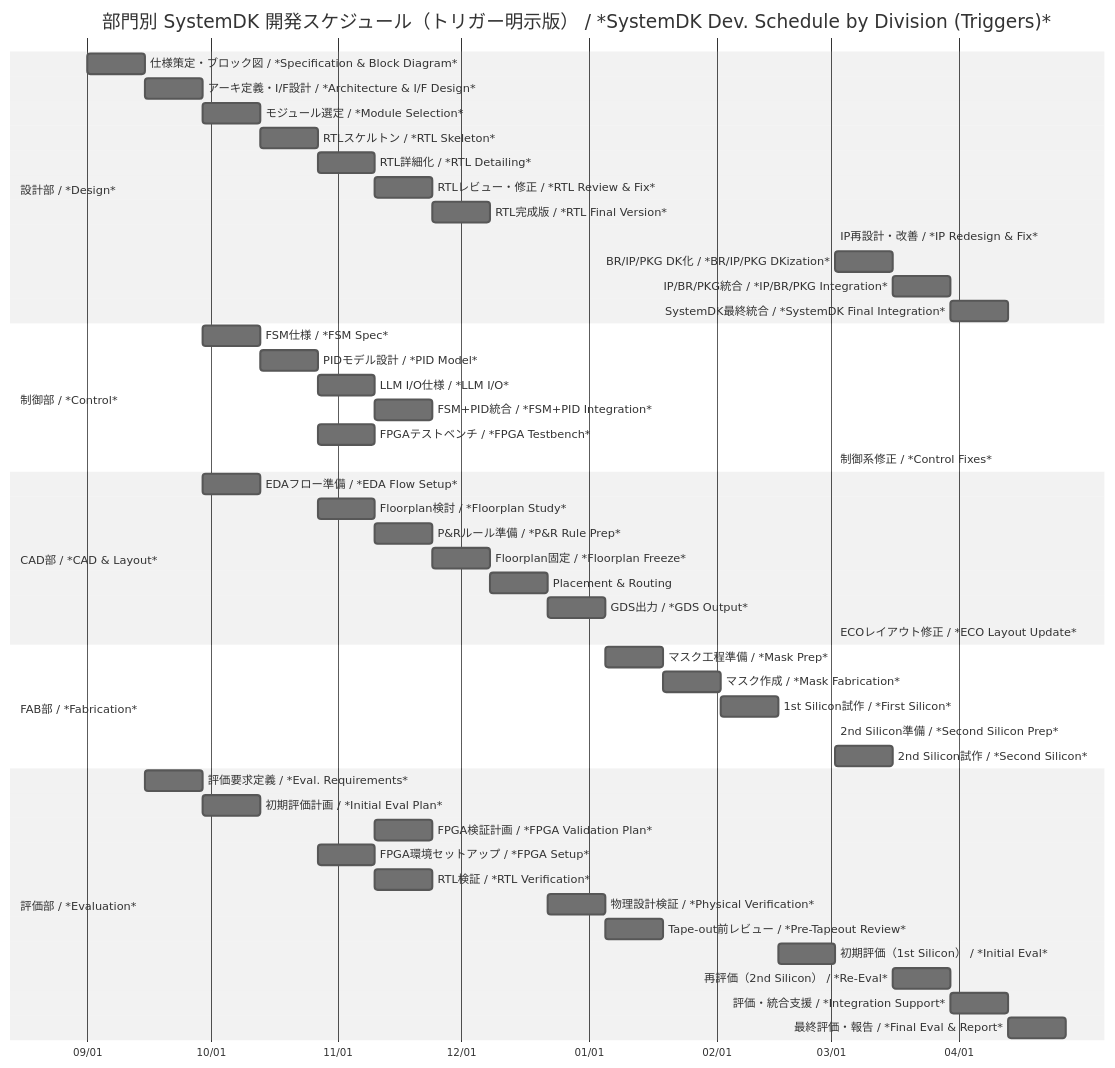
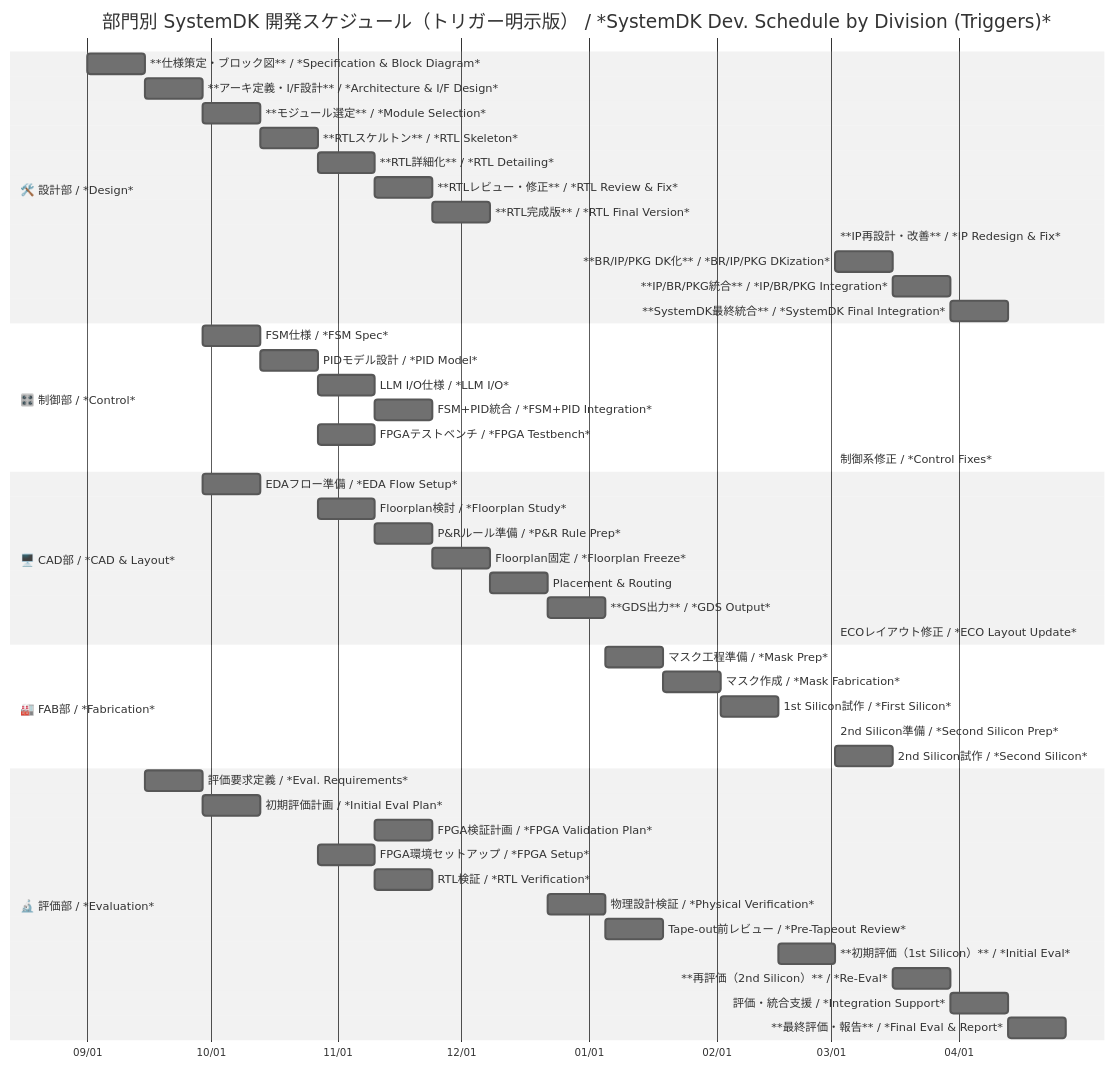
Before and after one commit to Samizo-AITL/Edusemi-v4x: the diagram in f_chapter2a_systemdk/f2a_systemdk_schedule.md, drawn with Mermaid (neutral theme). The commit also changed other lines of this file, not shown here.

````diff
--- a/f_chapter2a_systemdk/f2a_systemdk_schedule.md
+++ b/f_chapter2a_systemdk/f2a_systemdk_schedule.md
@@ -50,57 +48,57 @@
 ```mermaid
 gantt
     title 部門別 SystemDK 開発スケジュール（トリガー明示版） / *SystemDK Dev. Schedule by Division (Triggers)*
     dateFormat  YYYY-MM-DD
     axisFormat  %m/%d
     todayMarker stroke-width:2px,stroke:red,opacity:0.5
 
-    section 設計部 / *Design*
-    仕様策定・ブロック図 / *Specification & Block Diagram* :a1, 2025-09-01, 14d
-    アーキ定義・I/F設計 / *Architecture & I/F Design*      :a2, after a1, 14d
-    モジュール選定 / *Module Selection*                   :a3, after a2, 14d
-    RTLスケルトン / *RTL Skeleton*                        :a4, after a3, 14d
-    RTL詳細化 / *RTL Detailing*                           :a5, after a4, 14d
-    RTLレビュー・修正 / *RTL Review & Fix*                :a6, after a5, 14d
-    RTL完成版 / *RTL Final Version*                       :a7, after a6, 14d
-    IP再設計・改善 / *IP Redesign & Fix*                  :a8, after e8, 14d   %% 1st Eval 結果トリガー
-    BR/IP/PKG DK化 / *BR/IP/PKG DKization*                :a9, after a8, 14d
-    IP/BR/PKG統合 / *IP/BR/PKG Integration*               :a10, after a9, 14d
-    SystemDK最終統合 / *SystemDK Final Integration*       :a11, after a10, 14d
+    section 🛠️ 設計部 / *Design*
+    **仕様策定・ブロック図** / *Specification & Block Diagram* :a1, 2025-09-01, 14d
+    **アーキ定義・I/F設計** / *Architecture & I/F Design*      :a2, after a1, 14d
+    **モジュール選定** / *Module Selection*                   :a3, after a2, 14d
+    **RTLスケルトン** / *RTL Skeleton*                        :a4, after a3, 14d
+    **RTL詳細化** / *RTL Detailing*                           :a5, after a4, 14d
+    **RTLレビュー・修正** / *RTL Review & Fix*                :a6, after a5, 14d
+    **RTL完成版** / *RTL Final Version*                       :a7, after a6, 14d
+    **IP再設計・改善** / *IP Redesign & Fix*                  :a8, after e8, 14d   %% 1st Eval 結果
+    **BR/IP/PKG DK化** / *BR/IP/PKG DKization*                :a9, after a8, 14d
+    **IP/BR/PKG統合** / *IP/BR/PKG Integration*               :a10, after a9, 14d
+    **SystemDK最終統合** / *SystemDK Final Integration*       :a11, after a10, 14d
 
-    section 制御部 / *Control*
+    section 🎛️ 制御部 / *Control*
     FSM仕様 / *FSM Spec*                                  :b1, after a2, 14d
     PIDモデル設計 / *PID Model*                           :b2, after b1, 14d
     LLM I/O仕様 / *LLM I/O*                               :b3, after b2, 14d
     FSM+PID統合 / *FSM+PID Integration*                   :b4, after b3, 14d
     FPGAテストベンチ / *FPGA Testbench*                   :b5, after a4, 14d
-    制御系修正 / *Control Fixes*                          :b6, after e8, 14d   %% 1st Eval 結果トリガー
+    制御系修正 / *Control Fixes*                          :b6, after e8, 14d   %% 1st Eval 結果
 
-    section CAD部 / *CAD & Layout*
+    section 🖥️ CAD部 / *CAD & Layout*
     EDAフロー準備 / *EDA Flow Setup*                      :c1, after a2, 14d
     Floorplan検討 / *Floorplan Study*                     :c2, after a4, 14d
     P&Rルール準備 / *P&R Rule Prep*                       :c3, after c2, 14d
     Floorplan固定 / *Floorplan Freeze*                    :c4, after c3, 14d
     Placement & Routing                                   :c5, after a7, 14d
-    GDS出力 / *GDS Output*                                :c6, after c5, 14d
-    ECOレイアウト修正 / *ECO Layout Update*               :c7, after e8, 14d   %% 1st Eval 結果トリガー
+    **GDS出力** / *GDS Output*                            :c6, after c5, 14d
+    ECOレイアウト修正 / *ECO Layout Update*               :c7, after e8, 14d   %% 1st Eval 結果
 
-    section FAB部 / *Fabrication*
+    section 🏭 FAB部 / *Fabrication*
     マスク工程準備 / *Mask Prep*                          :d1, after c6, 14d
     マスク作成 / *Mask Fabrication*                       :d2, after d1, 14d
     1st Silicon試作 / *First Silicon*                     :d3, after d2, 14d
-    2nd Silicon準備 / *Second Silicon Prep*               :d4, after a8, 14d   %% 修正版設計トリガー
+    2nd Silicon準備 / *Second Silicon Prep*               :d4, after a8, 14d   %% 修正版設計
     2nd Silicon試作 / *Second Silicon*                    :d5, after d4, 14d
 
-    section 評価部 / *Evaluation*
+    section 🔬 評価部 / *Evaluation*
     評価要求定義 / *Eval. Requirements*                   :e1, after a1, 14d
     初期評価計画 / *Initial Eval Plan*                    :e2, after e1, 14d
     FPGA検証計画 / *FPGA Validation Plan*                 :e3, after b3, 14d
     FPGA環境セットアップ / *FPGA Setup*                   :e4, after a4, 14d
     RTL検証 / *RTL Verification*                          :e5, after a5, 14d
     物理設計検証 / *Physical Verification*                :e6, after c5, 14d
     Tape-out前レビュー / *Pre-Tapeout Review*             :e7, after c6, 14d
-    初期評価（1st Silicon） / *Initial Eval*              :e8, after d3, 14d
-    再評価（2nd Silicon） / *Re-Eval*                     :e9, after d5, 14d
+    **初期評価（1st Silicon）** / *Initial Eval*           :e8, after d3, 14d
+    **再評価（2nd Silicon）** / *Re-Eval*                  :e9, after d5, 14d
     評価・統合支援 / *Integration Support*                :e10, after e9, 14d
-    最終評価・報告 / *Final Eval & Report*                :e11, after e10, 14d
+    **最終評価・報告** / *Final Eval & Report*            :e11, after e10, 14d
 ```
````
